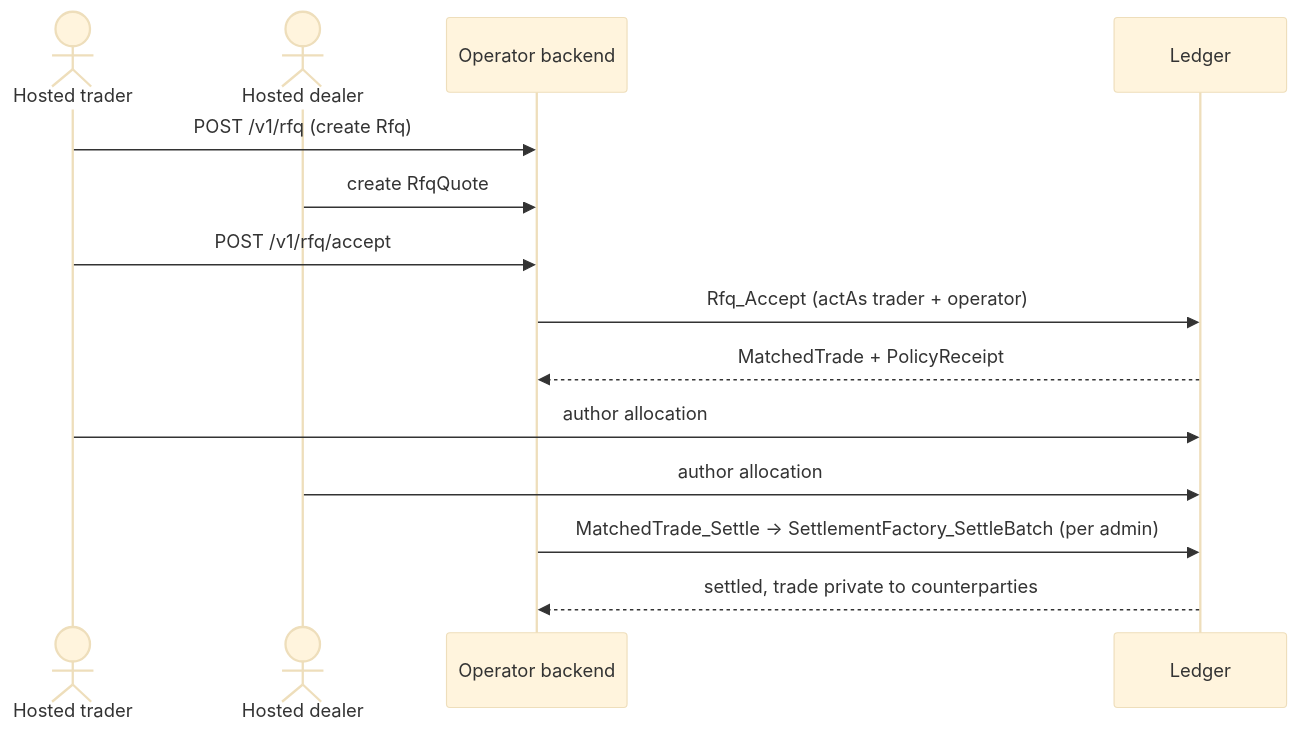
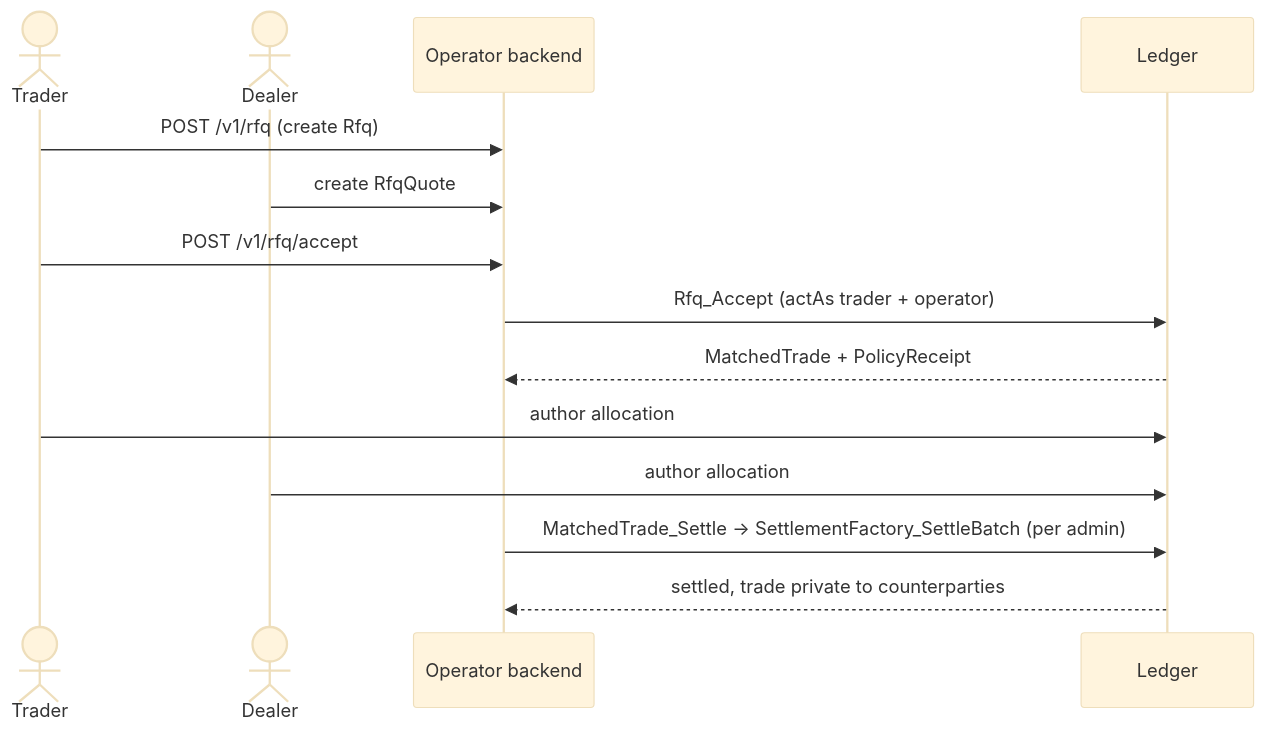
One commit to srikanth-bitdynamics/Canton-Dex-Reference-Implementation changed the fourth of 5 diagrams in docs/concepts/workflows.md. Above: the diagram before and after it, drawn with Mermaid (base theme). The commit also changed other lines of this file and 173 other files, not shown here.

````diff
--- a/docs/concepts/workflows.md
+++ b/docs/concepts/workflows.md
@@ -300,16 +309,16 @@
 ```mermaid
 sequenceDiagram
-    actor T as Hosted trader
-    actor Dl as Hosted dealer
+    actor T as Trader
+    actor Dl as Dealer
     participant O as Operator backend
     participant L as Ledger
     T->>O: POST /v1/rfq (create Rfq)
     Dl->>O: create RfqQuote
     T->>O: POST /v1/rfq/accept
     O->>L: Rfq_Accept (actAs trader + operator)
     L-->>O: MatchedTrade + PolicyReceipt
     T->>L: author allocation
     Dl->>L: author allocation
     O->>L: MatchedTrade_Settle -> SettlementFactory_SettleBatch (per admin)
     L-->>O: settled, trade private to counterparties
 ```
````
